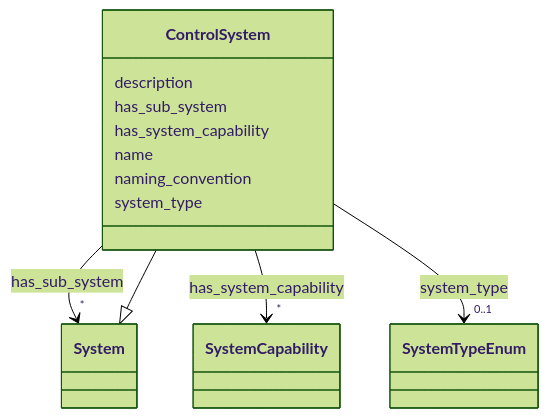
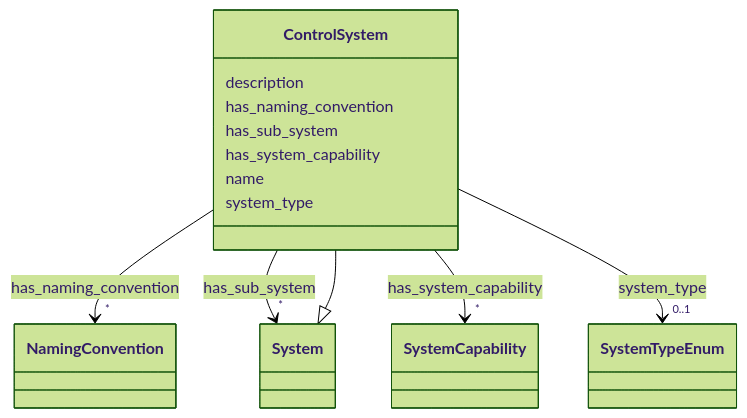
Before and after one commit to pals-project/pals-facility-config: the diagram in docs/elements/ControlSystem.md, drawn with Mermaid (forest theme). The commit also changed other lines of this file and 133 other files, not shown here.

Commit message:
Updated documentation, project files, pydantic defintion, and the schema to correctly represent the relationships in the NARAD schema/ontology

````diff
--- a/docs/elements/ControlSystem.md
+++ b/docs/elements/ControlSystem.md
@@ -20,48 +20,57 @@
 ```mermaid
  classDiagram
     class ControlSystem
     click ControlSystem href "../ControlSystem/"
       System <|-- ControlSystem
         click System href "../System/"
       
       ControlSystem : description
+        
+      ControlSystem : has_naming_convention
+        
+          
+    
+        
+        
+        ControlSystem --> "*" NamingConvention : has_naming_convention
+        click NamingConvention href "../NamingConvention/"
+    
+
         
       ControlSystem : has_sub_system
         
           
     
         
         
         ControlSystem --> "*" System : has_sub_system
         click System href "../System/"
     
 
         
       ControlSystem : has_system_capability
         
           
     
         
         
         ControlSystem --> "*" SystemCapability : has_system_capability
         click SystemCapability href "../SystemCapability/"
     
 
         
       ControlSystem : name
         
-      ControlSystem : naming_convention
-        
       ControlSystem : system_type
         
           
     
         
         
         ControlSystem --> "0..1" SystemTypeEnum : system_type
         click SystemTypeEnum href "../SystemTypeEnum/"
     
 
         
       
 ```
````
